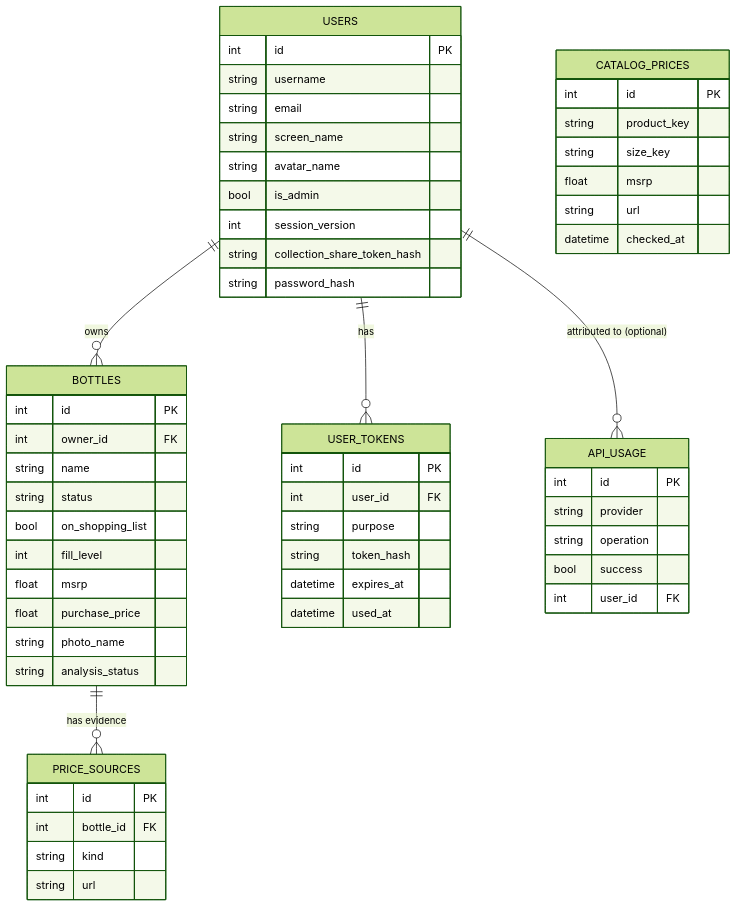
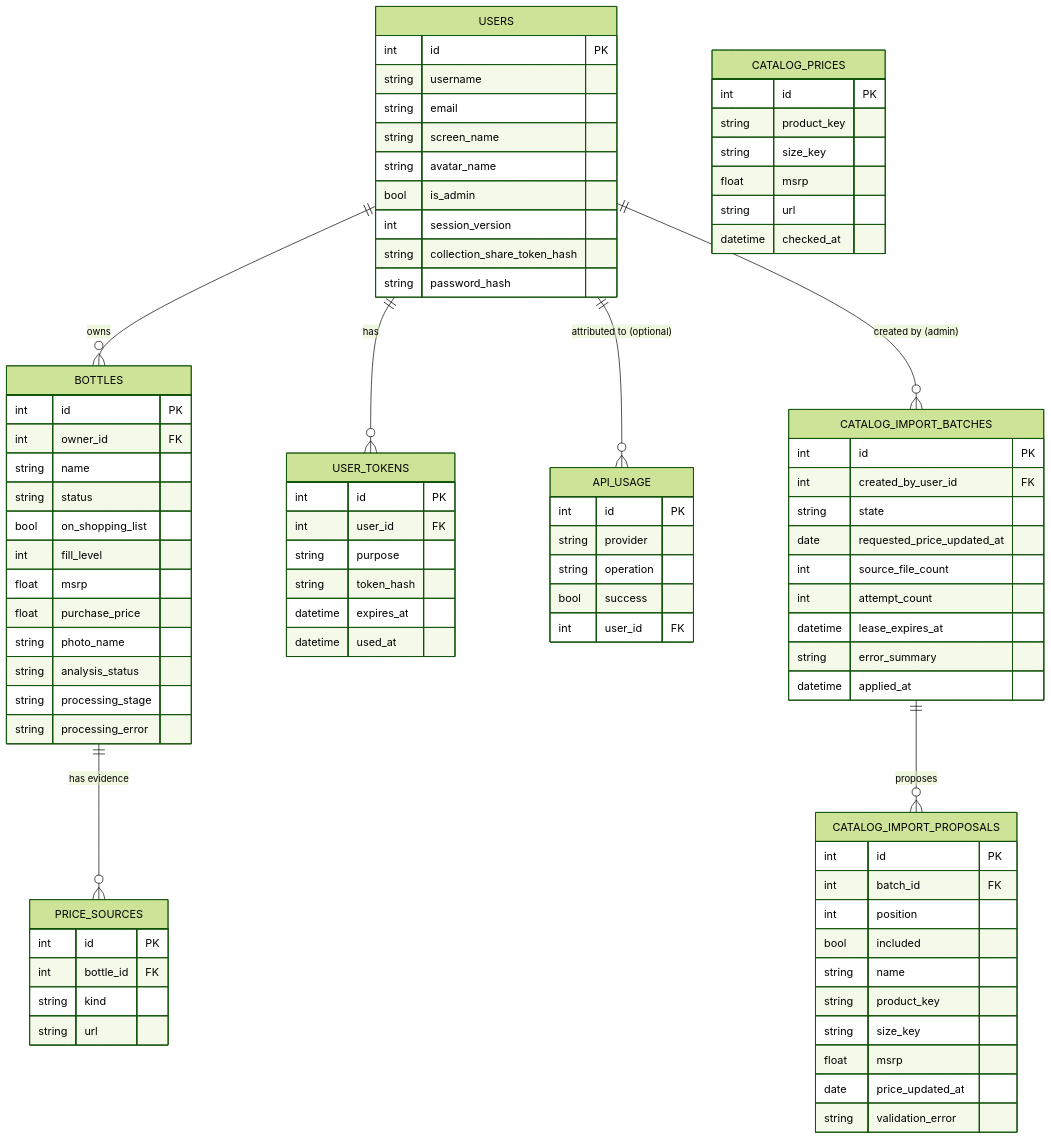
The first of 2 diagrams in docs/architecture/hldd.md (adhatcher-org/bourbonbook), drawn with Mermaid (forest theme) before and after one commit. The commit also changed other lines of this file and 21 other files, not shown here.

```diff
--- a/docs/architecture/hldd.md
+++ b/docs/architecture/hldd.md
@@ -84,7 +93,9 @@
   USERS ||--o{ BOTTLES : owns
   USERS ||--o{ USER_TOKENS : has
   USERS ||--o{ API_USAGE : "attributed to (optional)"
+  USERS ||--o{ CATALOG_IMPORT_BATCHES : "created by (admin)"
   BOTTLES ||--o{ PRICE_SOURCES : "has evidence"
+  CATALOG_IMPORT_BATCHES ||--o{ CATALOG_IMPORT_PROPOSALS : "proposes"
 
   USERS {
     int id PK
@@ -116,6 +127,8 @@
     float purchase_price
     string photo_name
     string analysis_status
+    string processing_stage
+    string processing_error
   }
   PRICE_SOURCES {
     int id PK
@@ -131,6 +144,29 @@
     string url
     datetime checked_at
   }
+  CATALOG_IMPORT_BATCHES {
+    int id PK
+    int created_by_user_id FK
+    string state
+    date requested_price_updated_at
+    int source_file_count
+    int attempt_count
+    datetime lease_expires_at
+    string error_summary
+    datetime applied_at
+  }
+  CATALOG_IMPORT_PROPOSALS {
+    int id PK
+    int batch_id FK
+    int position
+    bool included
+    string name
+    string product_key
+    string size_key
+    float msrp
+    date price_updated_at
+    string validation_error
+  }
   API_USAGE {
     int id PK
     string provider
```
